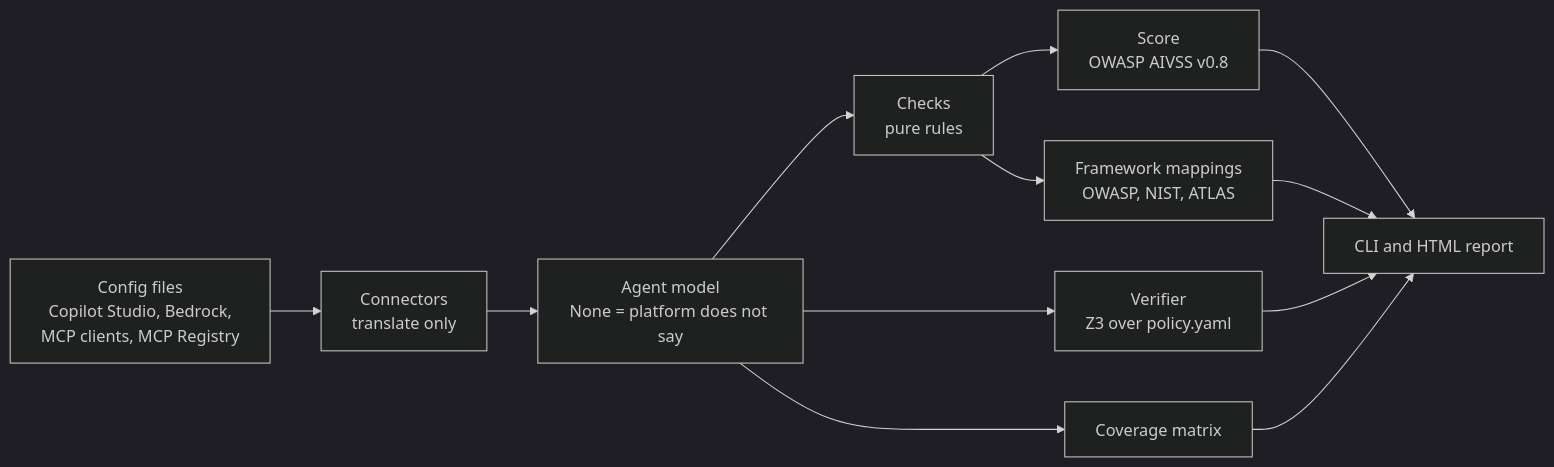
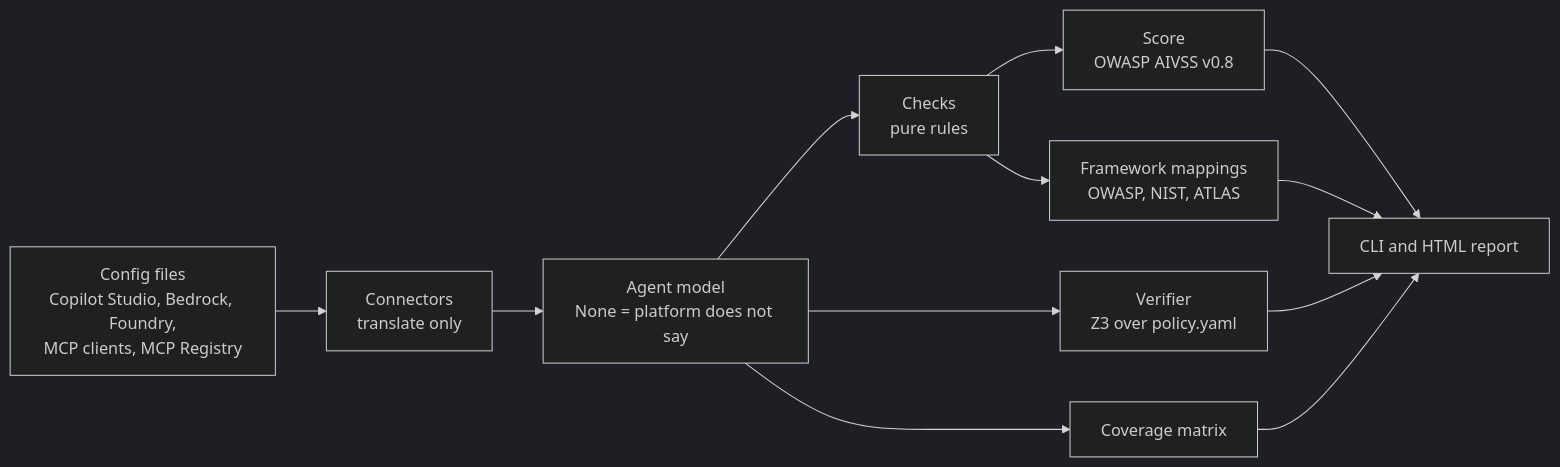
One commit to Hasith2005/discover-lite changed the diagram in README.md. Above: the diagram before and after it, drawn with Mermaid (dark theme). The commit also changed other lines of this file and 34 other files, not shown here.

First line of the commit message:
Add a Microsoft Foundry connector and remove invented fields from the other connectors

````diff
--- a/README.md
+++ b/README.md
@@ -79,11 +79,11 @@
 ```mermaid
 flowchart LR
-    F[Config files<br>Copilot Studio, Bedrock,<br>MCP clients, MCP Registry] --> C[Connectors<br>translate only]
+    F[Config files<br>Copilot Studio, Bedrock, Foundry,<br>MCP clients, MCP Registry] --> C[Connectors<br>translate only]
     C --> A[Agent model<br>None = platform does not say]
     A --> K[Checks<br>pure rules]
     K --> S[Score<br>OWASP AIVSS v0.8]
     K --> M[Framework mappings<br>OWASP, NIST, ATLAS]
     A --> V[Verifier<br>Z3 over policy.yaml]
     A --> CV[Coverage matrix]
     S & M & V & CV --> R[CLI and HTML report]
 ```
````
